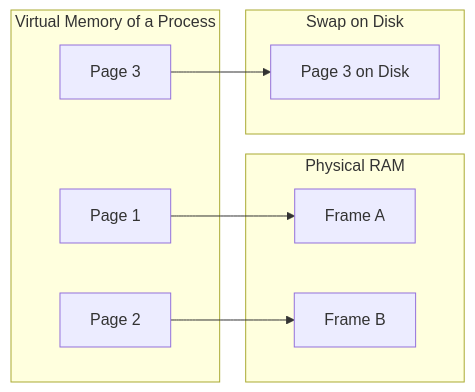
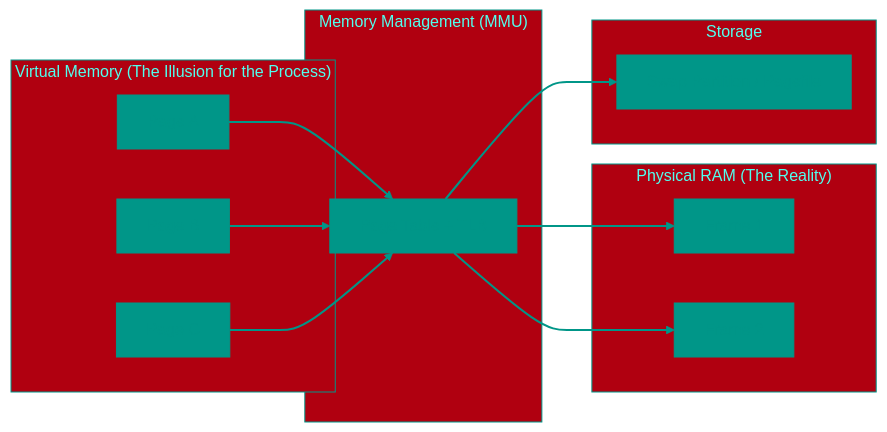
Before and after one commit to IBraveMonkey/data_structure-algorithms: the fifth of 5 diagrams in eng/computer_science/00_computer_basics/8.Operating_Systems.md, drawn with Mermaid. The commit also changed other lines of this file and 772 other files, not shown here.

````diff
--- a/eng/computer_science/00_computer_basics/8.Operating_Systems.md
+++ b/eng/computer_science/00_computer_basics/8.Operating_Systems.md
@@ -83,21 +191,34 @@
 ```mermaid
+%%{init: { 'theme': 'base', 'themeVariables': { 'lineColor': '#009688', 'primaryColor': '#009688', 'primaryTextColor': '#009688', 'attributeBkg': '#009688', 'attributeTextColor': '#009688', 'signalColor': '#009688', 'actorLineColor': '#009688', 'nodeBorder': '#009688', 'clusterBorder': '#009688', 'textColor': '#009688', 'fontSize': '16px' } } }%%
 graph LR
-    subgraph Virtual["Virtual Memory of a Process"]
-        VP1[Page 1]
-        VP2[Page 2]
-        VP3[Page 3]
+    subgraph Virtual["Virtual Memory (The Illusion for the Process)"]
+        VP1[Page A]
+        VP2[Page B]
+        VP3[Page C]
     end
     
-    subgraph Physical["Physical RAM"]
-        RP1[Frame A]
-        RP2[Frame B]
+    subgraph Mapping["Memory Management (MMU)"]
+        Table[Page Table + TLB]
     end
     
-    subgraph Disk["Swap on Disk"]
-        DP1[Page 3 on Disk]
+    subgraph Physical["Physical RAM (The Reality)"]
+        RP1[Frame 1]
+        RP2[Frame 2]
     end
     
-    VP1 --> RP1
-    VP2 --> RP2
-    VP3 --> DP1
+    subgraph Disk["Storage"]
+        DP1[Swap Partition / Pagefile]
+    end
+    
+    VP1 --> Table --> RP1
+    VP2 --> Table --> RP2
+    VP3 --> Table --> DP1
+
+
+
+linkStyle default stroke:#009688,stroke-width:2px;
+
+
+
+
 ```
````
